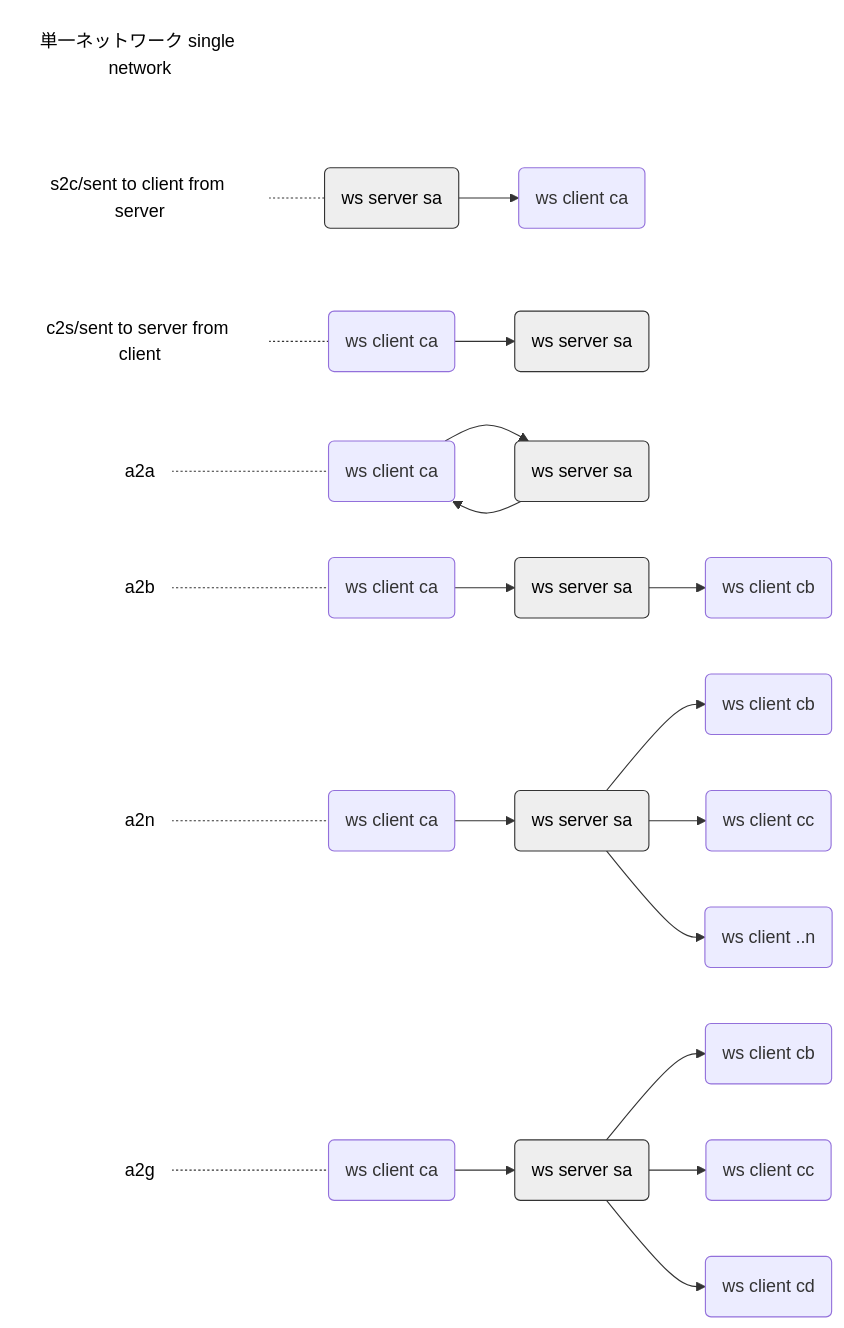
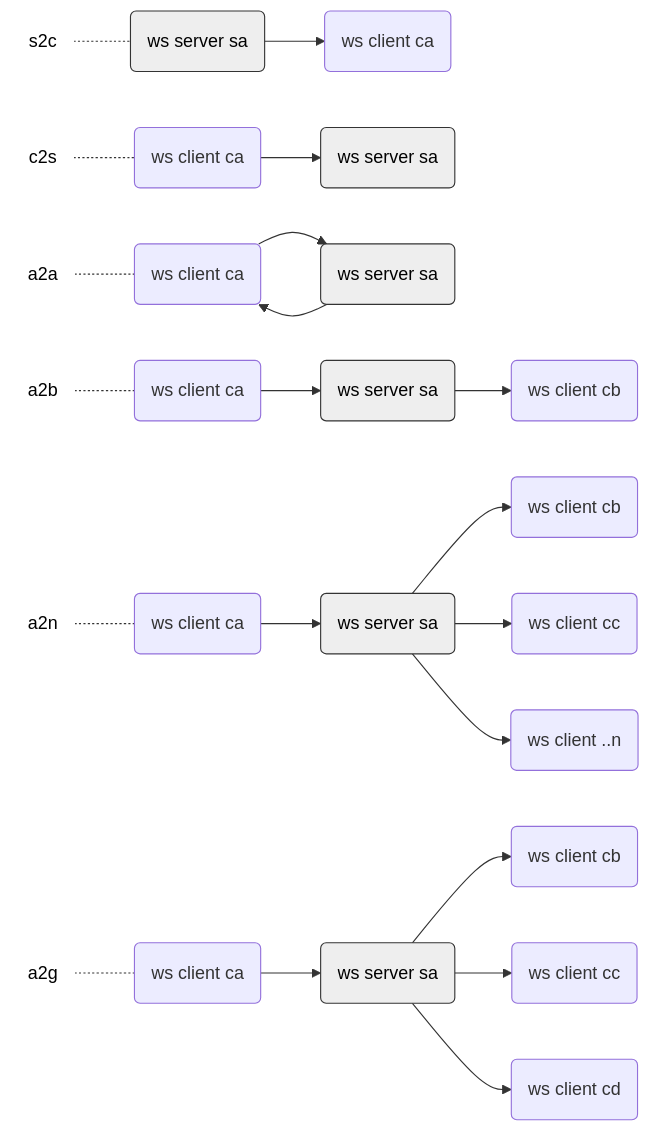
The fourth of 10 diagrams in README.md (toshirot/w2w), drawn with Mermaid before and after one commit. The commit also changed other lines of this file, not shown here.

````diff
--- a/README.md
+++ b/README.md
@@ -54,64 +89,61 @@
 ```mermaid
 flowchart LR
 
-
-text1(単一ネットワーク single network):::class_text
-
     %%single_type1
-        text_s2c(s2c/sent to client from server):::class_text_min
+        text_s2c(s2c):::class_text_min
         single_type1c(ws client ca) 
         single_type1s(ws server sa):::class_server
             text_s2c -.- single_type1s
             single_type1s --> single_type1c 
 
     %%single_type2
-        text_c2s(c2s/sent to server from client):::class_text_min
+        text_c2s(c2s):::class_text_min
         single_type2c(ws client ca) 
         single_type2s(ws server sa):::class_server
             text_c2s -.- single_type2c
             single_type2c --> single_type2s
 
     %%single_type3
         text_a2a(a2a):::class_text_min
         single_type3c(ws client ca) 
         single_type3s(ws server sa):::class_server
             text_a2a -.- single_type3c
             single_type3c --> single_type3s --> single_type3c
 
     %%single_type4
         text_a2b(a2b):::class_text_min
         single_type4c1(ws client ca) 
         single_type4s1(ws server sa):::class_server 
         single_type4c2(ws client cb)
             text_a2b -.- single_type4c1
             single_type4c1 --> single_type4s1 --> single_type4c2
 
     %%single_type5
         text_a2n(a2n):::class_text_min
         single_type5c1(ws client ca) 
         single_type5s1(ws server sa):::class_server 
         single_type5c2(ws client cb) 
         single_type5c3(ws client cc) 
         single_type5c4(ws client ..n) 
             text_a2n -.- single_type5c1
             single_type5c1 --> single_type5s1 --> single_type5c2
                         single_type5s1 --> single_type5c3
                         single_type5s1 --> single_type5c4
 
 
     %%single_type6
         text_a2g(a2g):::class_text_min
         single_type6c1(ws client ca) 
         single_type6s1(ws server sa):::class_server 
         single_type6c2(ws client cb) 
         single_type6c3(ws client cc) 
         single_type6c4(ws client cd) 
             text_a2g -.- single_type6c1
             single_type6c1 --> single_type6s1 --> single_type6c2
                         single_type6s1 --> single_type6c3
                         single_type6s1 --> single_type6c4
 
 classDef class_server fill:#eee,color:#000,stroke:#333
 classDef class_text fill:#fff,color:#000,stroke:#fff,margin:0
 classDef class_text_min fill:#fff,color:#000,stroke:#fff,margin:0
 ```
````
